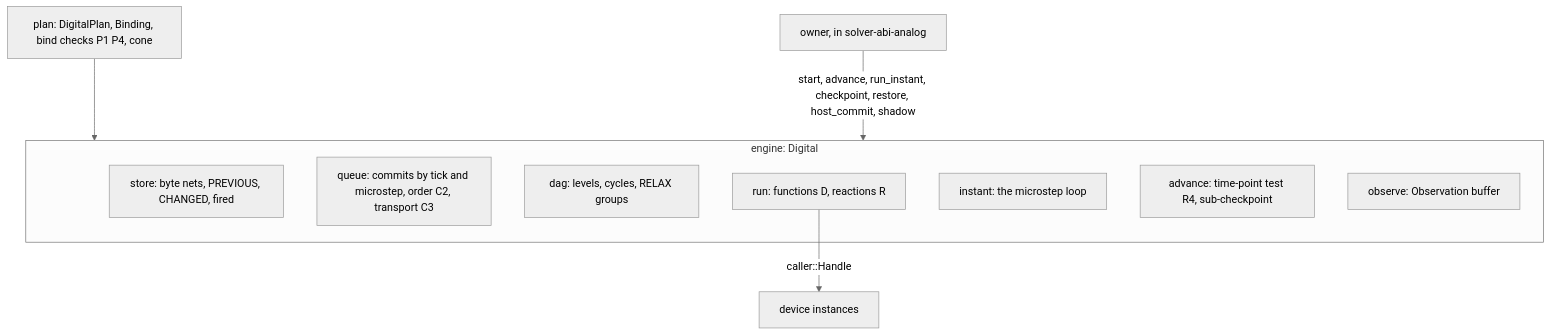
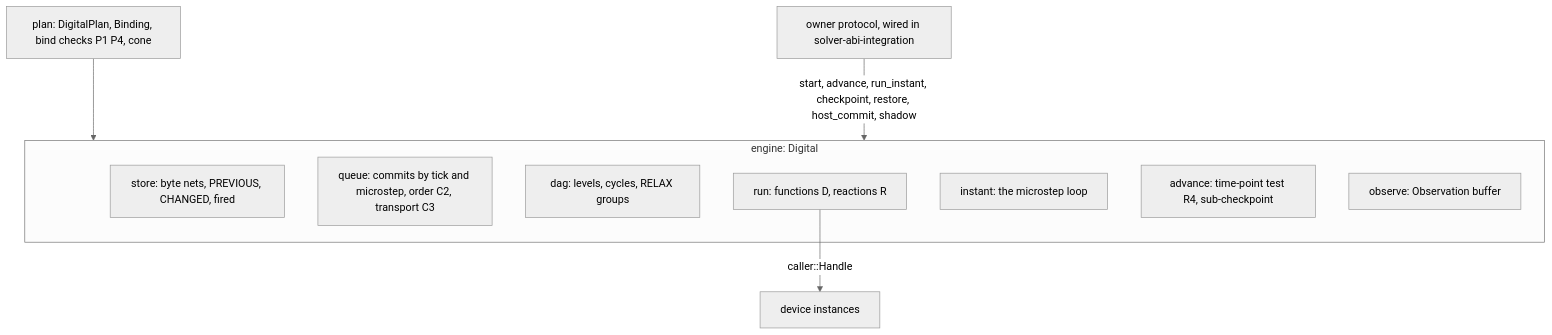
Before and after one commit to vkeslarek/piperine: the first of 3 diagrams in .specs/features/solver-abi-digital/design.md, drawn with Mermaid (neutral theme). The commit also changed other lines of this file and 2 other files, not shown here.

First line of the commit message:
docs(specs): solver-abi-digital runs in parallel in its own crate; model roles updated

````diff
--- a/.specs/features/solver-abi-digital/design.md
+++ b/.specs/features/solver-abi-digital/design.md
@@ -13,15 +13,15 @@
 ```mermaid
 flowchart TD
     Plan[plan: DigitalPlan, Binding, bind checks P1 P4, cone] --> Eng
     subgraph Eng[engine: Digital]
         Store[store: byte nets, PREVIOUS, CHANGED, fired]
         Queue[queue: commits by tick and microstep, order C2, transport C3]
         Dag[dag: levels, cycles, RELAX groups]
         Run[run: functions D, reactions R]
         Inst[instant: the microstep loop]
         Adv[advance: time-point test R4, sub-checkpoint]
         Obs[observe: Observation buffer]
     end
-    Owner[owner, in solver-abi-analog] -->|start, advance, run_instant, checkpoint, restore, host_commit, shadow| Eng
+    Owner[owner protocol, wired in solver-abi-integration] -->|start, advance, run_instant, checkpoint, restore, host_commit, shadow| Eng
     Run -->|caller::Handle| Dev[device instances]
 ```
````
